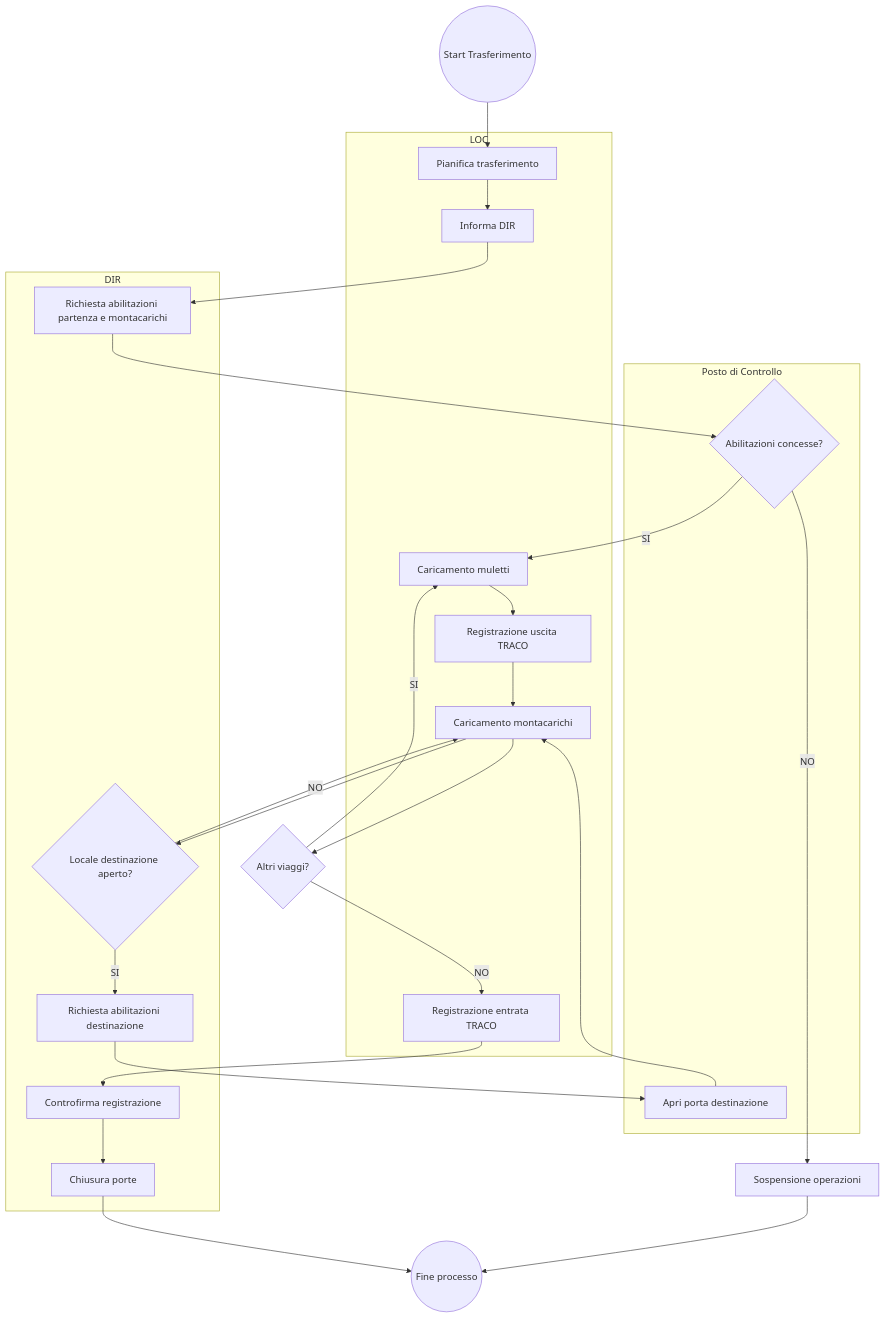
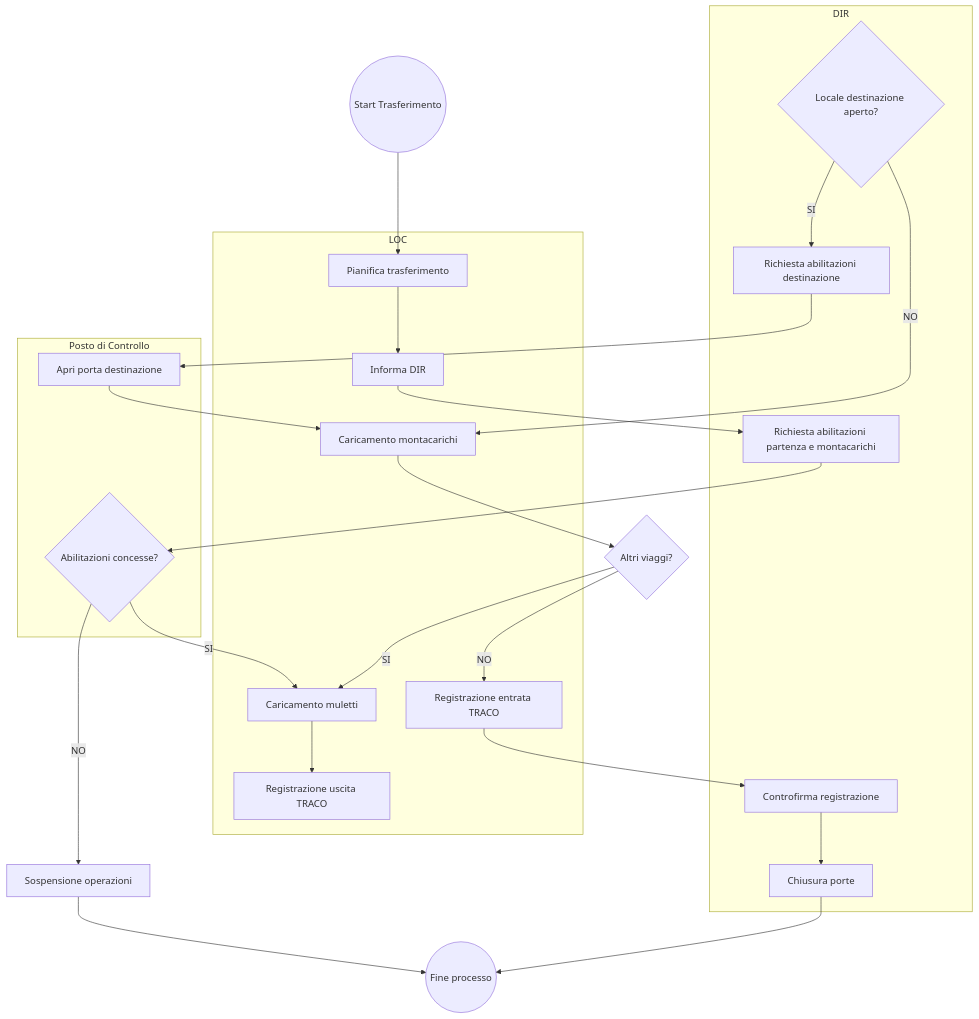
One commit to DevsLuca/Algorithms changed the diagram in Nuovo.md. Above: the diagram before and after it, drawn with Mermaid.

````diff
--- a/Nuovo.md
+++ b/Nuovo.md
@@ -1,47 +1,48 @@
 ```mermaid
 
 flowchart TD
 %% SWIMLANE PER RUOLI OTTIMIZZATA
 
 START((Start Trasferimento))
 
 %% LOC
 subgraph LOC [LOC]
     L1[Pianifica trasferimento]
     L2[Informa DIR]
     L3[Caricamento muletti]
     L4[Registrazione uscita TRACO]
     L5[Caricamento montacarichi]
     L6[Registrazione entrata TRACO]
 end
 
 %% DIR
 subgraph DIR [DIR]
     D1[Richiesta abilitazioni partenza e montacarichi]
     D2{Locale destinazione aperto?}
     D3[Richiesta abilitazioni destinazione]
     D4[Controfirma registrazione]
     D5[Chiusura porte]
 end
 
 %% POSTO DI CONTROLLO
 subgraph PC [Posto di Controllo]
     P1{Abilitazioni concesse?}
     P2[Apri porta destinazione]
 end
 
 %% FLUSSO LINEARE
 START --> L1 --> L2 --> D1 --> P1
 P1 -- NO --> STOP[Sospensione operazioni] --> END
-P1 -- SI --> L3 --> L4 --> L5 --> D2
+P1 -- SI --> L3 --> L4
 
 D2 -- SI --> D3 --> P2 --> L5
+
 D2 -- NO --> L5
 
 L5 --> G1{Altri viaggi?}
 G1 -- SI --> L3
 G1 -- NO --> L6 --> D4 --> D5 --> END
 
 END((Fine processo))
 
 ```
````
